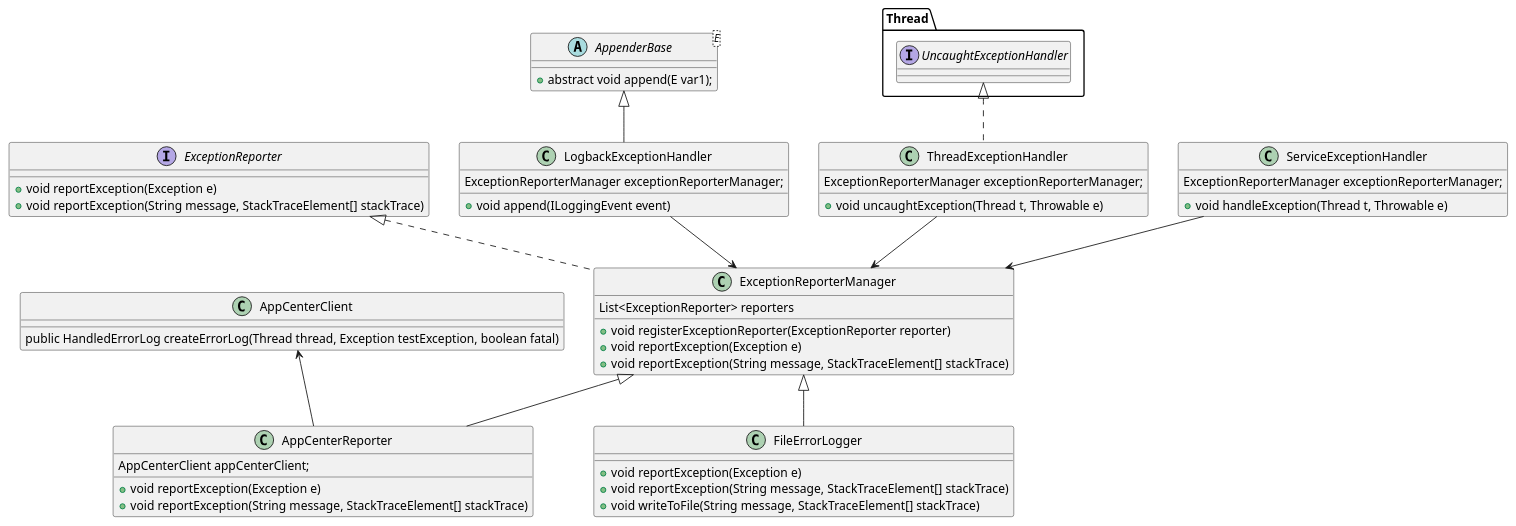
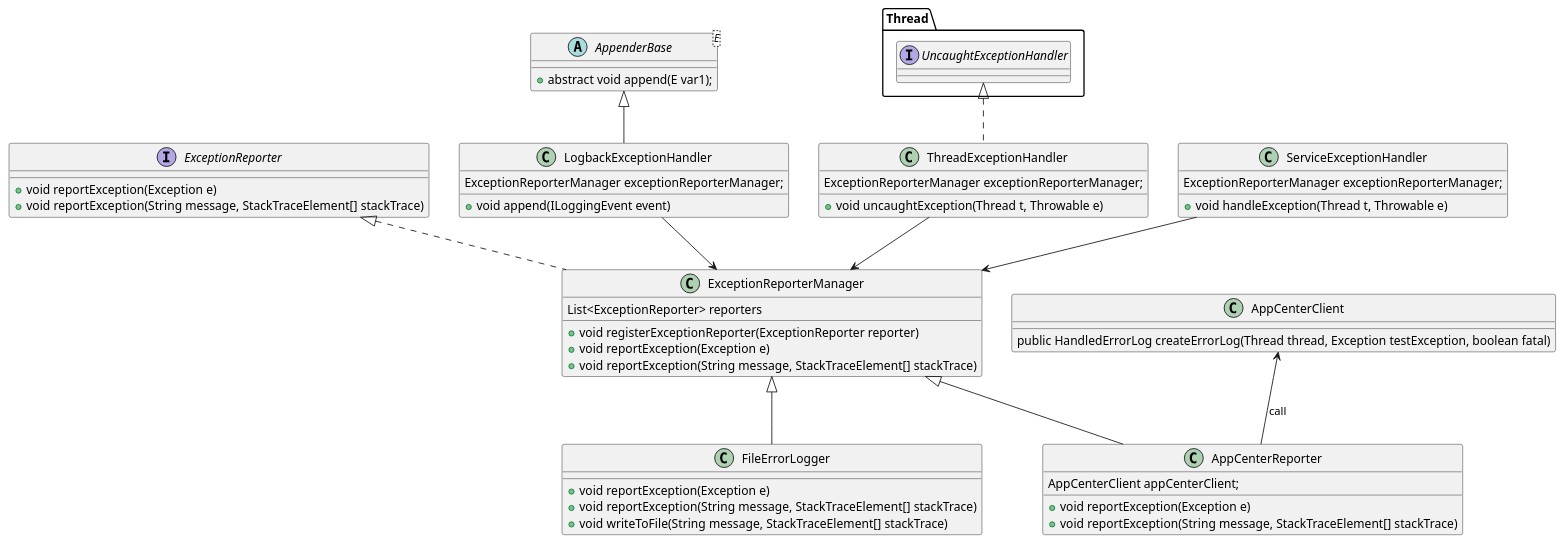
Before and after one commit to microsoft/HydraLab: the diagram in agent/doc/UML/hydra_lab_exception_monitor_design.puml, drawn with PlantUML.

```diff
--- a/agent/doc/UML/hydra_lab_exception_monitor_design.puml
+++ b/agent/doc/UML/hydra_lab_exception_monitor_design.puml
@@ -1,56 +1,56 @@
 @startuml exception_monitor
 interface ExceptionReporter {
     + void reportException(Exception e)
     + void reportException(String message, StackTraceElement[] stackTrace)
 }
 
 class ExceptionReporterManager implements ExceptionReporter {
     List<ExceptionReporter> reporters
 
     + void registerExceptionReporter(ExceptionReporter reporter)
     + void reportException(Exception e)
     + void reportException(String message, StackTraceElement[] stackTrace)
 }
 
 class AppCenterReporter extends ExceptionReporterManager {
     AppCenterClient appCenterClient;
     + void reportException(Exception e)
     + void reportException(String message, StackTraceElement[] stackTrace)
 }
 
 
 class FileErrorLogger extends ExceptionReporterManager {
     + void reportException(Exception e)
     + void reportException(String message, StackTraceElement[] stackTrace)
     + void writeToFile(String message, StackTraceElement[] stackTrace)
 }
 
 class AppCenterClient{
     public HandledErrorLog createErrorLog(Thread thread, Exception testException, boolean fatal)
 }
 
-AppCenterClient <-- AppCenterReporter
+AppCenterClient <-- AppCenterReporter: call
 
 abstract class AppenderBase<E> {
     + abstract void append(E var1);
 }
 
 class LogbackExceptionHandler extends AppenderBase {
     ExceptionReporterManager exceptionReporterManager;
     + void append(ILoggingEvent event)
 }
 
 class ThreadExceptionHandler implements Thread.UncaughtExceptionHandler {
     ExceptionReporterManager exceptionReporterManager;
     + void uncaughtException(Thread t, Throwable e)
 }
 
 class ServiceExceptionHandler {
     ExceptionReporterManager exceptionReporterManager;
     + void handleException(Thread t, Throwable e)
 }
 
 LogbackExceptionHandler --> ExceptionReporterManager
 ThreadExceptionHandler --> ExceptionReporterManager
 ServiceExceptionHandler --> ExceptionReporterManager
 @enduml
```
